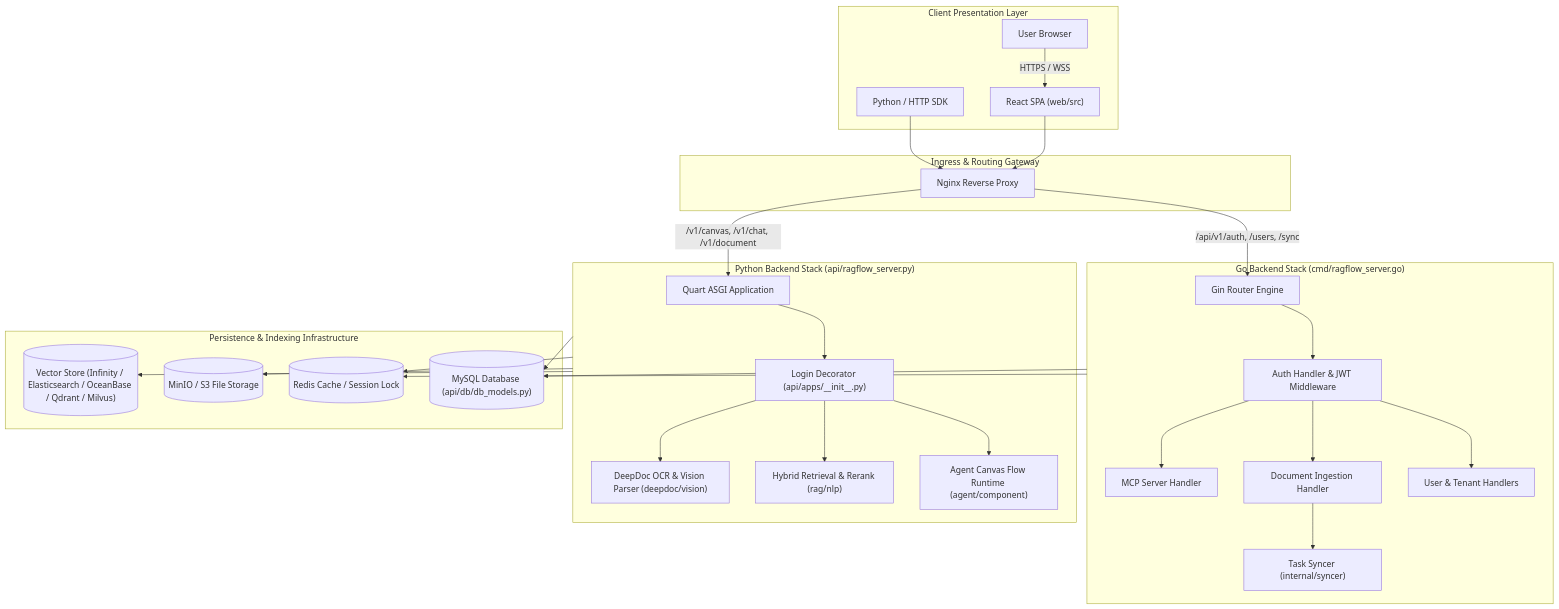
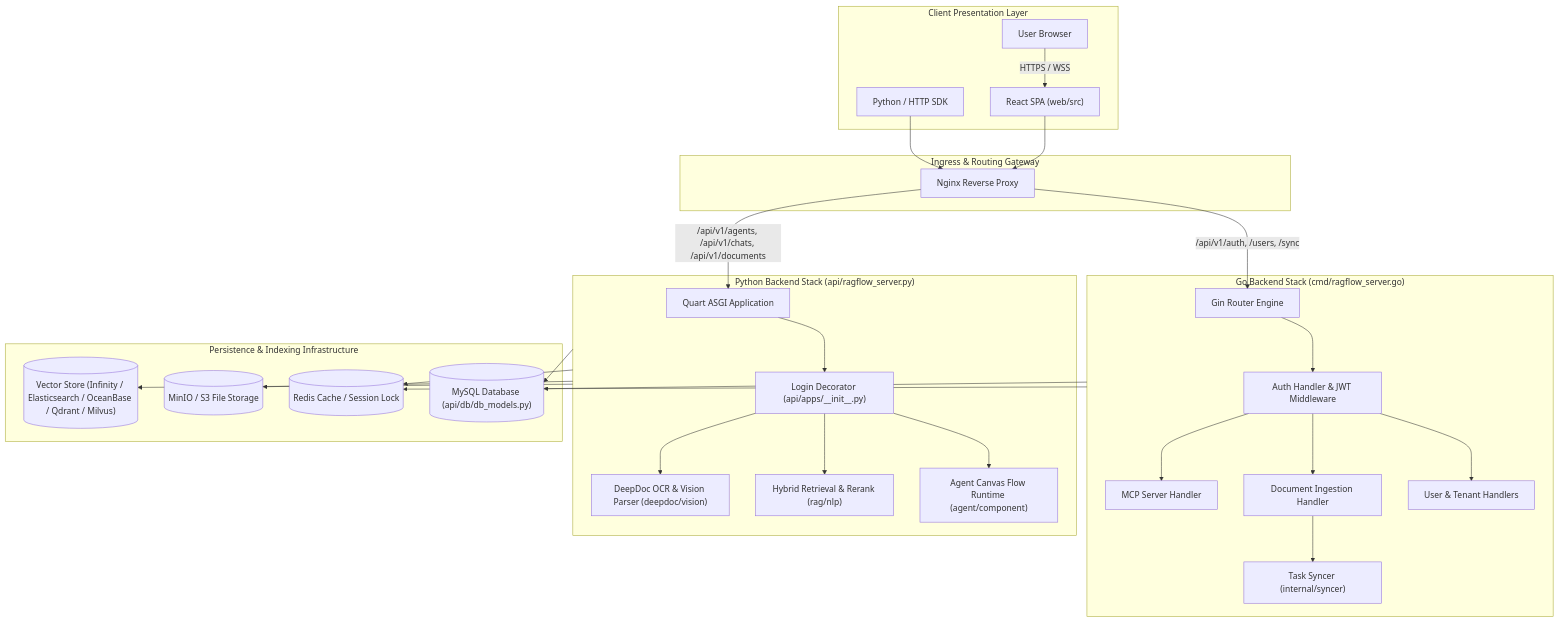
Before and after one commit to 6sLOGAN78/devRAG: the diagram in ragflow-docs/00-overview/architecture-diagram.md, drawn with Mermaid. The commit also changed 35 other files, not shown here.

````diff
--- a/ragflow-docs/00-overview/architecture-diagram.md
+++ b/ragflow-docs/00-overview/architecture-diagram.md
@@ -11,60 +11,60 @@
 ```mermaid
 graph TB
     subgraph Client_Layer["Client Presentation Layer"]
         Browser["User Browser"]
         SDK["Python / HTTP SDK"]
         Browser -->|HTTPS / WSS| WebUI["React SPA (web/src)"]
     end
 
     subgraph Gateway_Layer["Ingress & Routing Gateway"]
         Nginx["Nginx Reverse Proxy"]
         WebUI --> Nginx
         SDK --> Nginx
     end
 
     subgraph Go_Backend_Stack["Go Backend Stack (cmd/ragflow_server.go)"]
         GinServer["Gin Router Engine"]
         GoAuthHandler["Auth Handler & JWT Middleware"]
         UserHandler["User & Tenant Handlers"]
         DocHandler["Document Ingestion Handler"]
         MCPServer["MCP Server Handler"]
         GoSyncer["Task Syncer (internal/syncer)"]
 
         GinServer --> GoAuthHandler
         GoAuthHandler --> UserHandler
         GoAuthHandler --> DocHandler
         GoAuthHandler --> MCPServer
         DocHandler --> GoSyncer
     end
 
     subgraph Py_Backend_Stack["Python Backend Stack (api/ragflow_server.py)"]
         QuartServer["Quart ASGI Application"]
         PyAuthMiddleware["Login Decorator (api/apps/__init__.py)"]
         AgentEngine["Agent Canvas Flow Runtime (agent/component)"]
         RetrievalEngine["Hybrid Retrieval & Rerank (rag/nlp)"]
         DeepDocEngine["DeepDoc OCR & Vision Parser (deepdoc/vision)"]
 
         QuartServer --> PyAuthMiddleware
         PyAuthMiddleware --> AgentEngine
         PyAuthMiddleware --> RetrievalEngine
         PyAuthMiddleware --> DeepDocEngine
     end
 
     subgraph Storage_Layer["Persistence & Indexing Infrastructure"]
         MySQL[("MySQL Database (api/db/db_models.py)")]
         Redis[("Redis Cache / Session Lock")]
         MinIO[("MinIO / S3 File Storage")]
         VectorStore[("Vector Store (Infinity / Elasticsearch / OceanBase / Qdrant / Milvus)")]
     end
 
     Nginx -->|/api/v1/auth, /users, /sync| GinServer
-    Nginx -->|/v1/canvas, /v1/chat, /v1/document| QuartServer
+    Nginx -->|/api/v1/agents, /api/v1/chats, /api/v1/documents| QuartServer
 
     Go_Backend_Stack --> MySQL
     Go_Backend_Stack --> Redis
 
     Py_Backend_Stack --> MySQL
     Py_Backend_Stack --> Redis
     Py_Backend_Stack --> MinIO
     Py_Backend_Stack --> VectorStore
 ```
````
